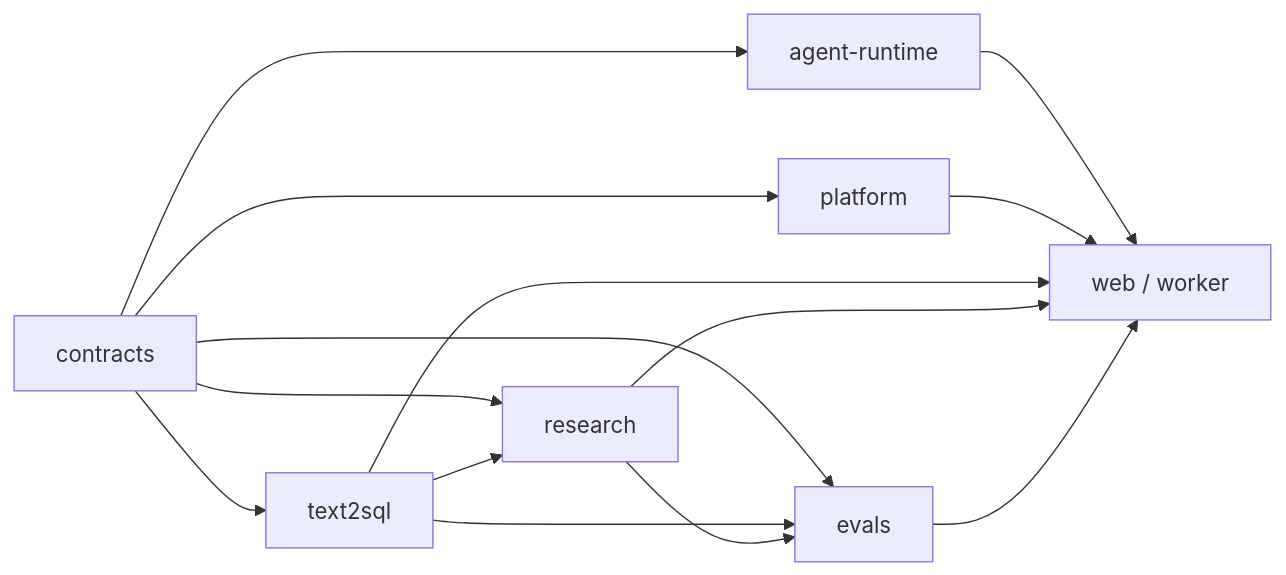
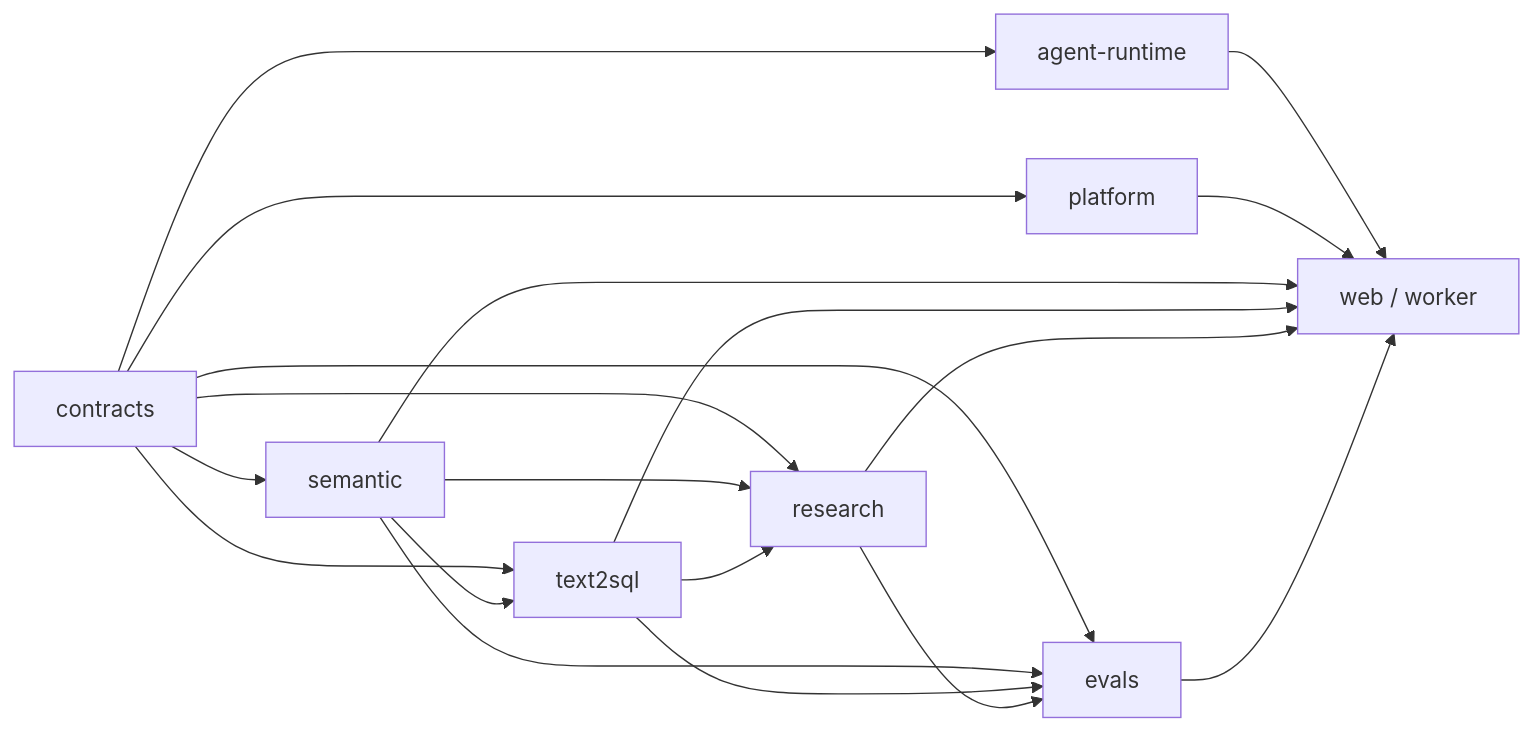
Before and after one commit to LienJack/data-agent: the second of 2 diagrams in .trellis/tasks/07-25-data-agent-reset-refactor/design.md, drawn with Mermaid. The commit also changed other lines of this file and 3 other files, not shown here.

````diff
--- a/.trellis/tasks/07-25-data-agent-reset-refactor/design.md
+++ b/.trellis/tasks/07-25-data-agent-reset-refactor/design.md
@@ -148,24 +166,30 @@
 ```mermaid
 flowchart LR
     Contracts["contracts"]
+    Semantic["semantic"]
     Text2SQL["text2sql"]
     Research["research"]
     Evals["evals"]
     Runtime["agent-runtime"]
     Platform["platform"]
     Apps["web / worker"]
 
+    Contracts --> Semantic
     Contracts --> Text2SQL
     Contracts --> Research
     Contracts --> Evals
     Contracts --> Runtime
     Contracts --> Platform
+    Semantic --> Text2SQL
+    Semantic --> Research
+    Semantic --> Evals
     Text2SQL --> Research
     Text2SQL --> Evals
     Research --> Evals
     Runtime --> Apps
     Platform --> Apps
+    Semantic --> Apps
     Text2SQL --> Apps
     Research --> Apps
     Evals --> Apps
 ```
````
